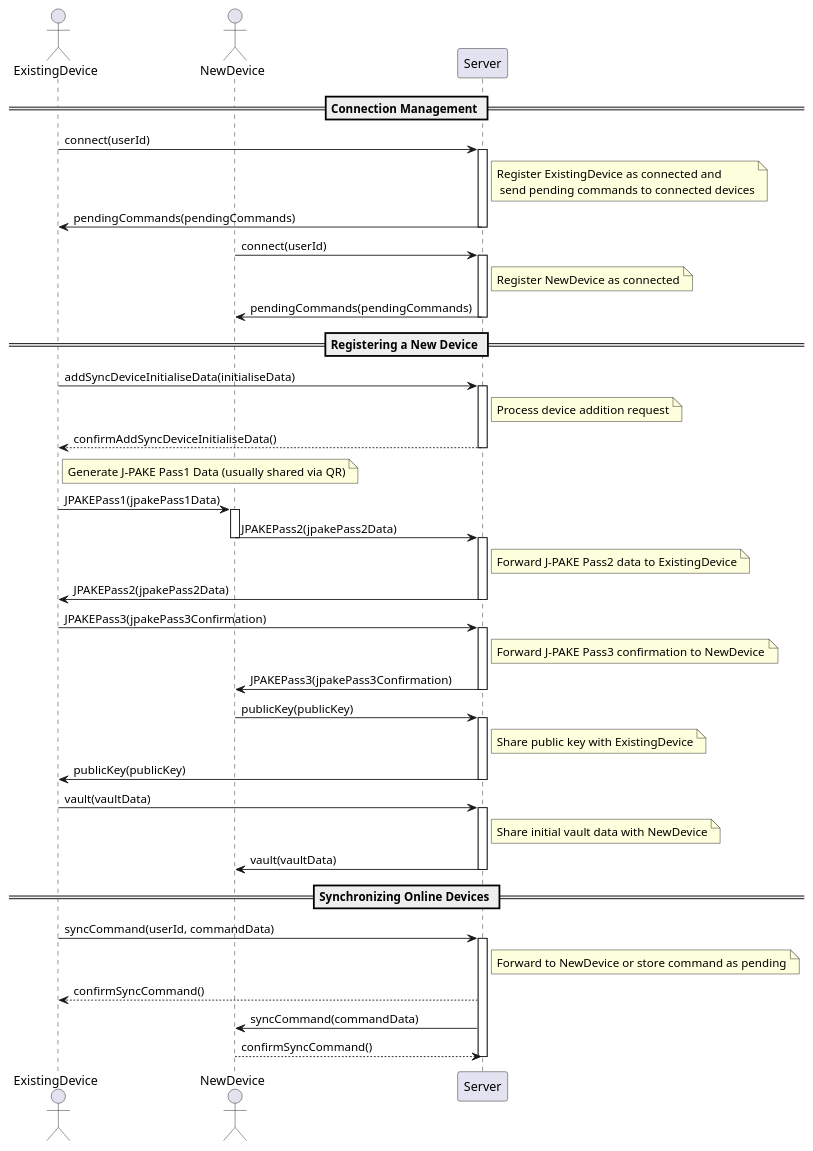
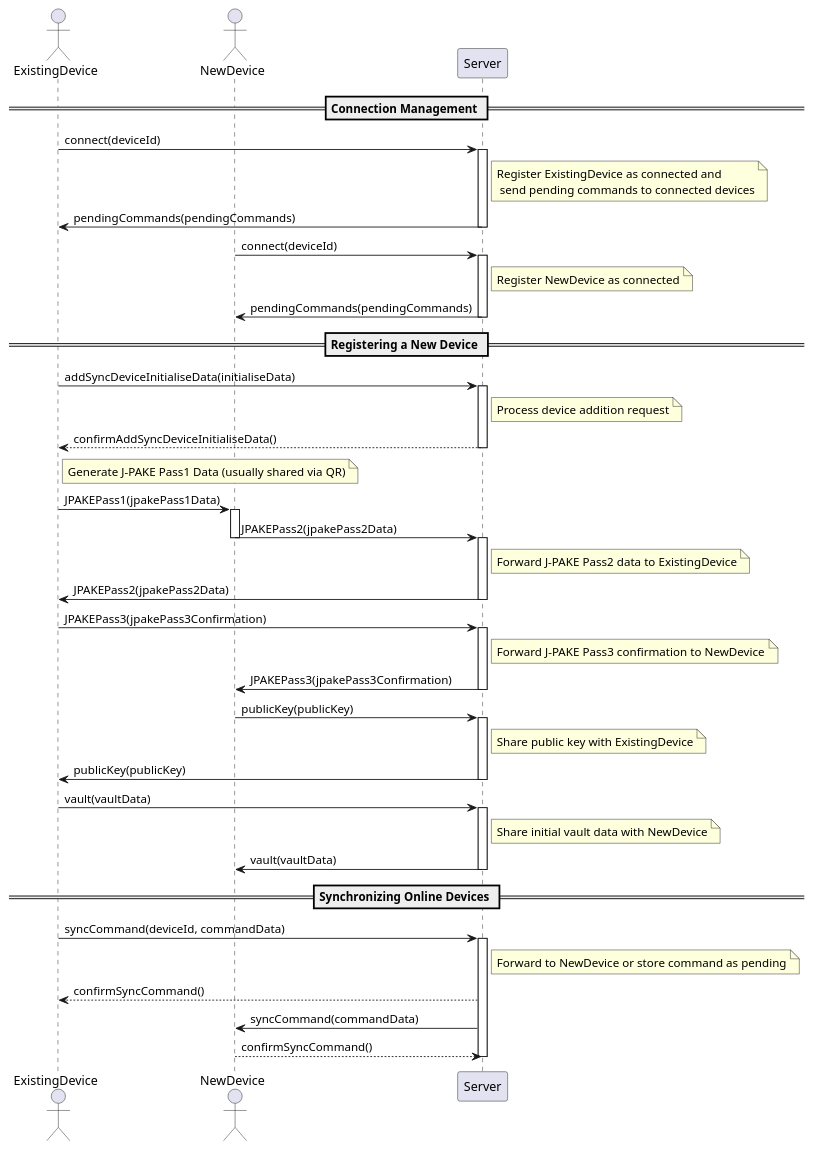
Before and after one commit to Boelensman1/2fa: the diagram in packages/server/SyncSequenceDiagram.plantuml, drawn with PlantUML. The commit also changed 42 other files, not shown here.

```diff
--- a/packages/server/SyncSequenceDiagram.plantuml
+++ b/packages/server/SyncSequenceDiagram.plantuml
@@ -1,68 +1,68 @@
 @startuml
 actor ExistingDevice
 actor NewDevice
 participant Server
 
 == Connection Management ==
 
-ExistingDevice -> Server: connect(userId)
+ExistingDevice -> Server: connect(deviceId)
 activate Server
 note right of Server: Register ExistingDevice as connected and\n send pending commands to connected devices
 Server -> ExistingDevice: pendingCommands(pendingCommands)
 deactivate Server
 
-NewDevice -> Server: connect(userId)
+NewDevice -> Server: connect(deviceId)
 activate Server
 note right of Server: Register NewDevice as connected
 Server -> NewDevice: pendingCommands(pendingCommands)
 deactivate Server
 
 == Registering a New Device ==
 
 ExistingDevice -> Server: addSyncDeviceInitialiseData(initialiseData)
 activate Server
 note right of Server: Process device addition request
 Server --> ExistingDevice: confirmAddSyncDeviceInitialiseData()
 deactivate Server
 
 note right of ExistingDevice: Generate J-PAKE Pass1 Data (usually shared via QR)
 
 
 ExistingDevice -> NewDevice: JPAKEPass1(jpakePass1Data)
 activate NewDevice
 NewDevice -> Server: JPAKEPass2(jpakePass2Data)
 deactivate NewDevice
 activate Server
 note right of Server: Forward J-PAKE Pass2 data to ExistingDevice
 Server -> ExistingDevice: JPAKEPass2(jpakePass2Data)
 deactivate Server
 
 ExistingDevice -> Server: JPAKEPass3(jpakePass3Confirmation)
 activate Server
 note right of Server: Forward J-PAKE Pass3 confirmation to NewDevice
 Server -> NewDevice: JPAKEPass3(jpakePass3Confirmation)
 deactivate Server
 
 NewDevice -> Server: publicKey(publicKey)
 activate Server
 note right of Server: Share public key with ExistingDevice
 Server -> ExistingDevice: publicKey(publicKey)
 deactivate Server
 
 ExistingDevice -> Server: vault(vaultData)
 activate Server
 note right of Server: Share initial vault data with NewDevice
 Server -> NewDevice: vault(vaultData)
 deactivate Server
 
 == Synchronizing Online Devices ==
 
-ExistingDevice -> Server: syncCommand(userId, commandData)
+ExistingDevice -> Server: syncCommand(deviceId, commandData)
 activate Server
 note right of Server: Forward to NewDevice or store command as pending
 Server --> ExistingDevice: confirmSyncCommand()
 Server -> NewDevice: syncCommand(commandData)
 NewDevice --> Server: confirmSyncCommand()
 deactivate Server
 
 @enduml
```
